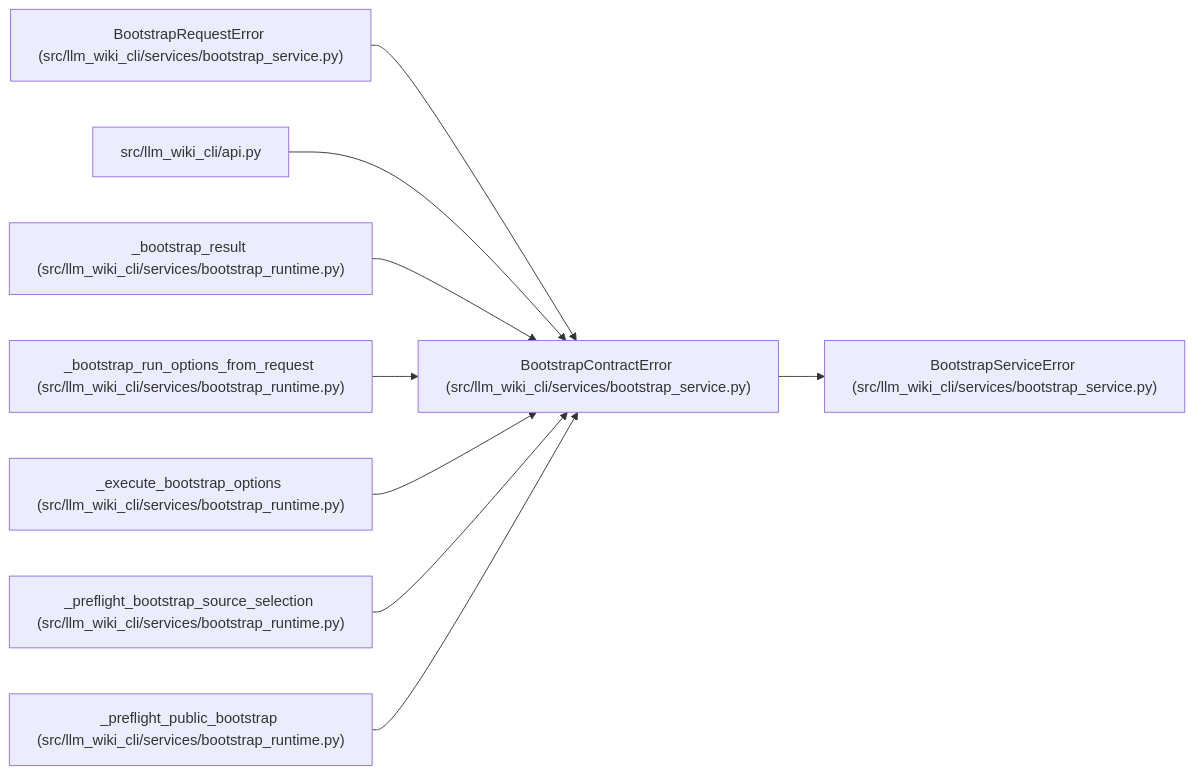
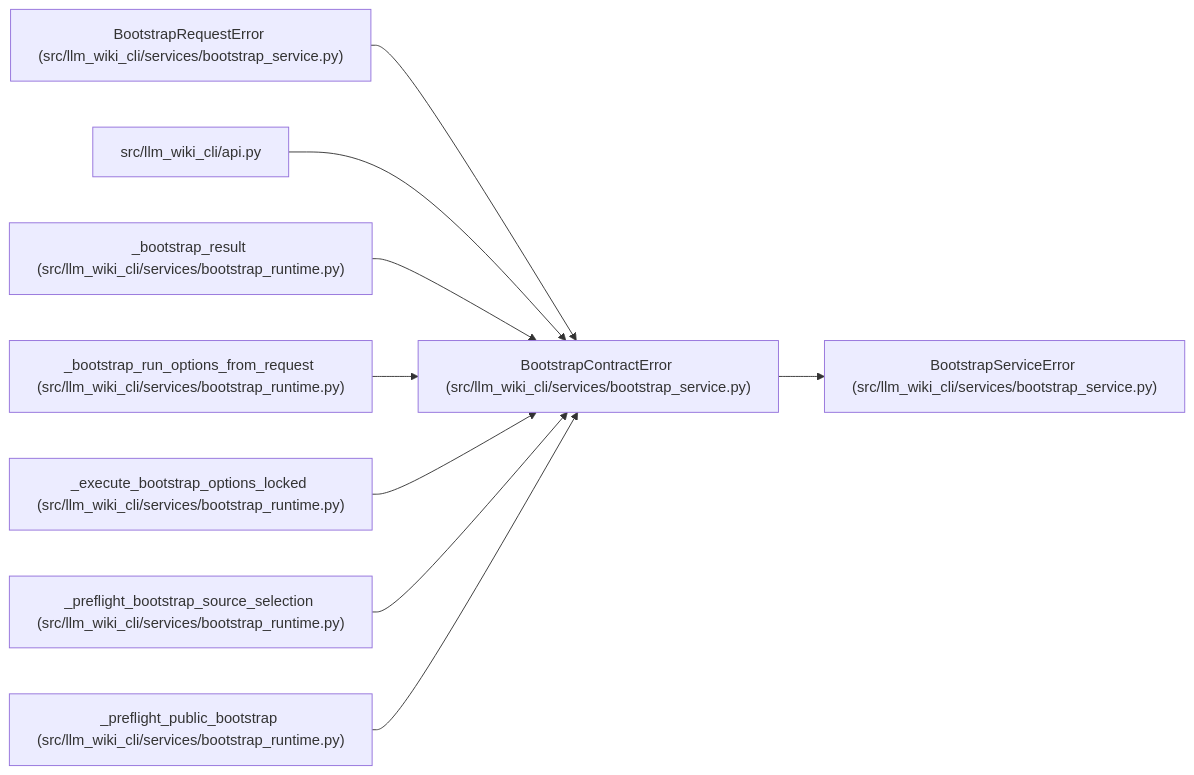
One commit to Denissvgn/python-wiki-llm changed the diagram in docs/llm_wiki/entities/BootstrapContractError.md. Above: the diagram before and after it, drawn with Mermaid. The commit also changed other lines of this file and 1410 other files, not shown here.

````diff
--- a/docs/llm_wiki/entities/BootstrapContractError.md
+++ b/docs/llm_wiki/entities/BootstrapContractError.md
@@ -23,29 +23,29 @@
 ```mermaid
 flowchart LR
     n0["BootstrapContractError (src/llm_wiki_cli/services/bootstrap_service.py)"]
     n1["BootstrapServiceError (src/llm_wiki_cli/services/bootstrap_service.py)"]
     n2["BootstrapRequestError (src/llm_wiki_cli/services/bootstrap_service.py)"]
     n3["src/llm_wiki_cli/api.py"]
     n4["_bootstrap_result (src/llm_wiki_cli/services/bootstrap_runtime.py)"]
     n5["_bootstrap_run_options_from_request (src/llm_wiki_cli/services/bootstrap_runtime.py)"]
-    n6["_execute_bootstrap_options (src/llm_wiki_cli/services/bootstrap_runtime.py)"]
+    n6["_execute_bootstrap_options_locked (src/llm_wiki_cli/services/bootstrap_runtime.py)"]
     n7["_preflight_bootstrap_source_selection (src/llm_wiki_cli/services/bootstrap_runtime.py)"]
     n8["_preflight_public_bootstrap (src/llm_wiki_cli/services/bootstrap_runtime.py)"]
     n0 --> n1
     n2 --> n0
     n3 --> n0
     n4 --> n0
     n5 --> n0
     n6 --> n0
     n7 --> n0
     n8 --> n0
     click n0 "../modules/bootstrap_service.md"
     click n1 "../modules/bootstrap_service.md"
     click n2 "../modules/bootstrap_service.md"
     click n3 "../modules/api.md"
     click n4 "../modules/bootstrap_runtime.md"
     click n5 "../modules/bootstrap_runtime.md"
     click n6 "../modules/bootstrap_runtime.md"
     click n7 "../modules/bootstrap_runtime.md"
     click n8 "../modules/bootstrap_runtime.md"
 ```
````
